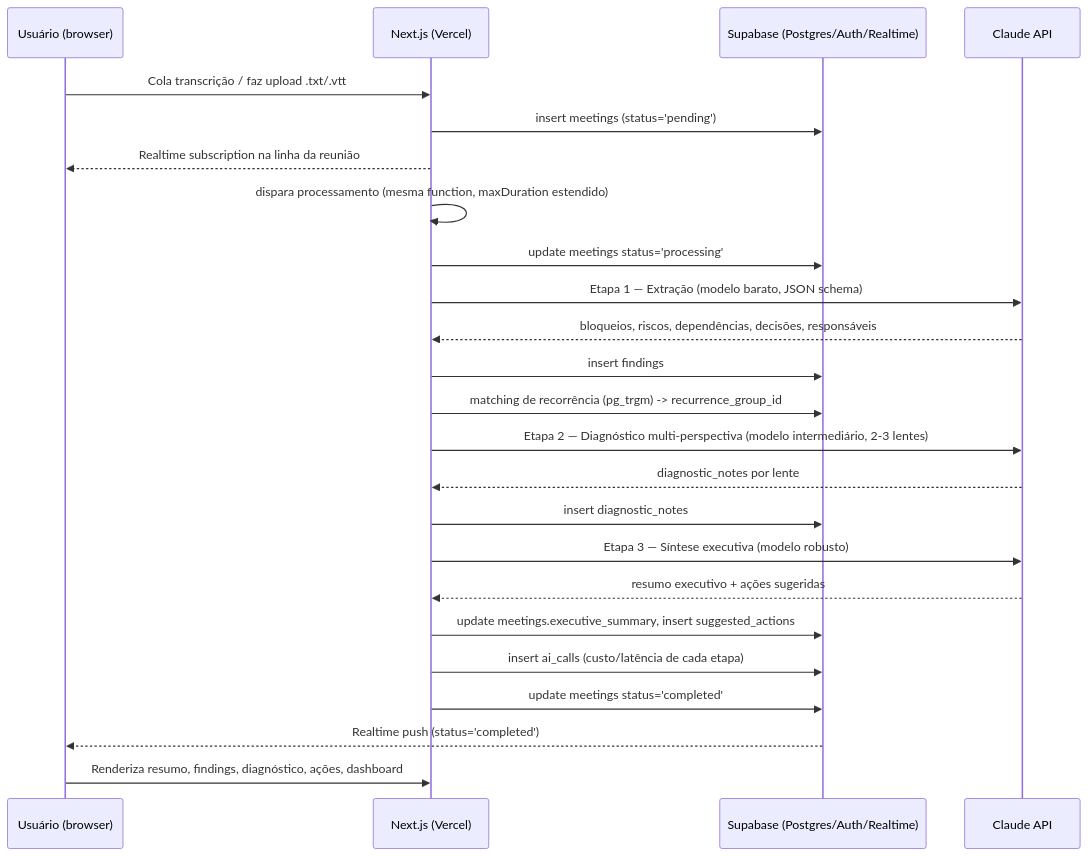
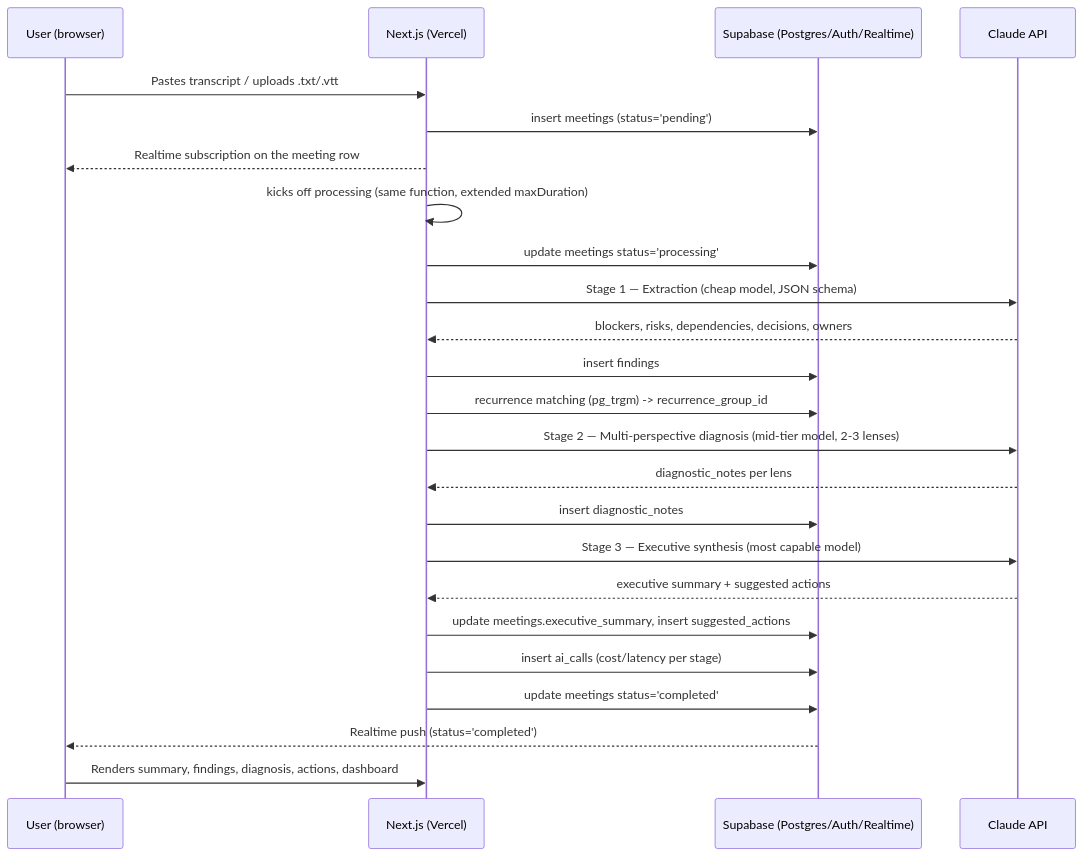
The diagram in ARCHITECTURE.md (ArturNunes21/scopelens), drawn with Mermaid before and after one commit. The commit also changed other lines of this file and 7 other files, not shown here.

````diff
--- a/ARCHITECTURE.md
+++ b/ARCHITECTURE.md
@@ -134,31 +134,31 @@
 ```mermaid
 sequenceDiagram
-    participant U as Usuário (browser)
+    participant U as User (browser)
     participant V as Next.js (Vercel)
     participant S as Supabase (Postgres/Auth/Realtime)
     participant C as Claude API
 
-    U->>V: Cola transcrição / faz upload .txt/.vtt
+    U->>V: Pastes transcript / uploads .txt/.vtt
     V->>S: insert meetings (status='pending')
-    V-->>U: Realtime subscription na linha da reunião
-    V->>V: dispara processamento (mesma function, maxDuration estendido)
+    V-->>U: Realtime subscription on the meeting row
+    V->>V: kicks off processing (same function, extended maxDuration)
     V->>S: update meetings status='processing'
 
-    V->>C: Etapa 1 — Extração (modelo barato, JSON schema)
-    C-->>V: bloqueios, riscos, dependências, decisões, responsáveis
+    V->>C: Stage 1 — Extraction (cheap model, JSON schema)
+    C-->>V: blockers, risks, dependencies, decisions, owners
     V->>S: insert findings
-    V->>S: matching de recorrência (pg_trgm) -> recurrence_group_id
+    V->>S: recurrence matching (pg_trgm) -> recurrence_group_id
 
-    V->>C: Etapa 2 — Diagnóstico multi-perspectiva (modelo intermediário, 2-3 lentes)
-    C-->>V: diagnostic_notes por lente
+    V->>C: Stage 2 — Multi-perspective diagnosis (mid-tier model, 2-3 lenses)
+    C-->>V: diagnostic_notes per lens
     V->>S: insert diagnostic_notes
 
-    V->>C: Etapa 3 — Síntese executiva (modelo robusto)
-    C-->>V: resumo executivo + ações sugeridas
+    V->>C: Stage 3 — Executive synthesis (most capable model)
+    C-->>V: executive summary + suggested actions
     V->>S: update meetings.executive_summary, insert suggested_actions
-    V->>S: insert ai_calls (custo/latência de cada etapa)
+    V->>S: insert ai_calls (cost/latency per stage)
 
     V->>S: update meetings status='completed'
     S-->>U: Realtime push (status='completed')
-    U->>V: Renderiza resumo, findings, diagnóstico, ações, dashboard
+    U->>V: Renders summary, findings, diagnosis, actions, dashboard
 ```
````
